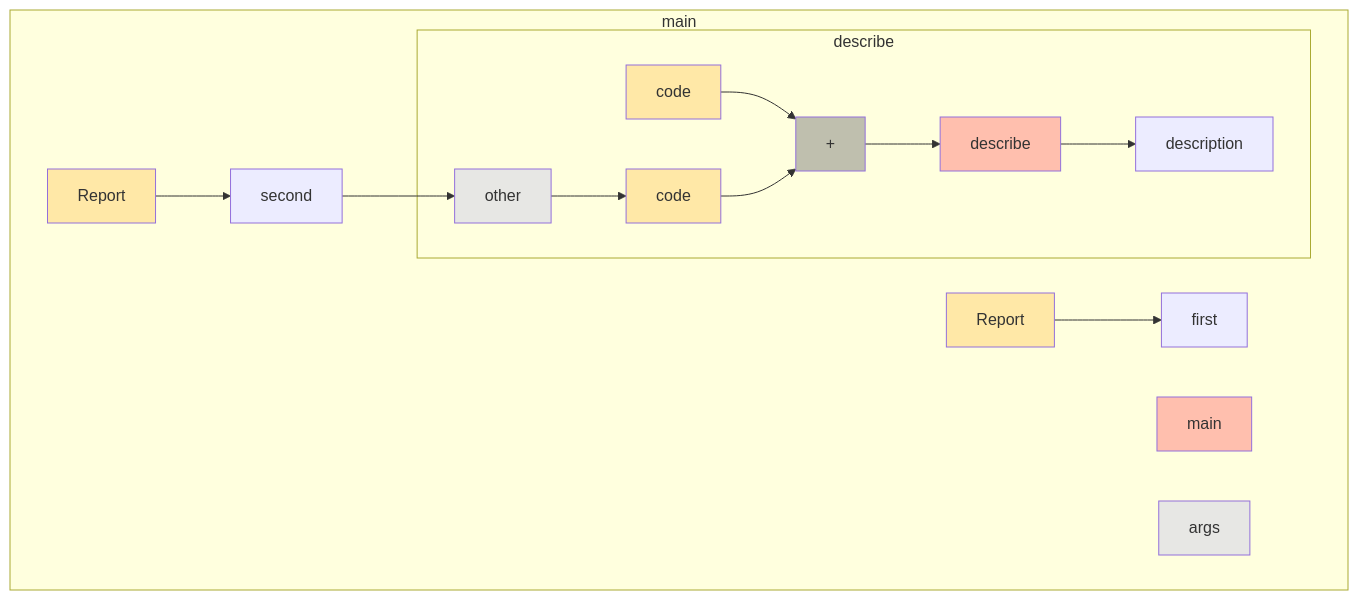
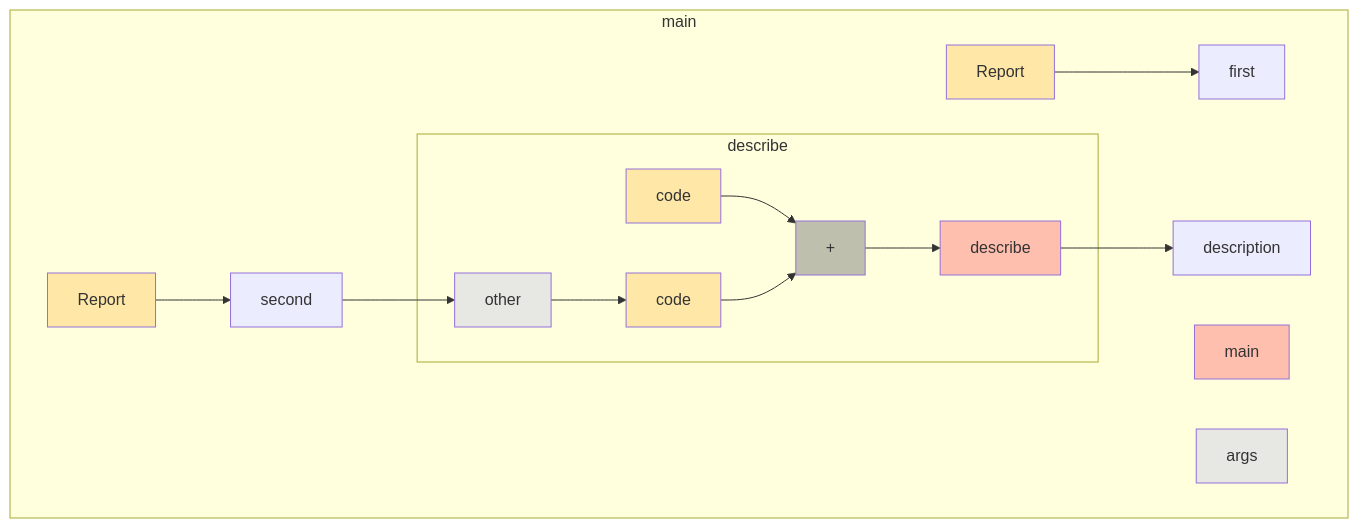
One commit to gstiebler/codeflow changed the diagram in app/src/test/resources/inheritedField/truth.md. Above: the diagram before and after it, drawn with Mermaid. The commit also changed 34 other files, not shown here.

````diff
--- a/app/src/test/resources/inheritedField/truth.md
+++ b/app/src/test/resources/inheritedField/truth.md
@@ -1,34 +1,34 @@
 ```mermaid
 flowchart TD
   subgraph b0["main"]
     n1[main]:::RETURN
     n2[args]:::FUNC_PARAM
     n3[Report]:::EXTERNAL
     n4[first]:::OBJ_VARIABLE
     n5[Report]:::EXTERNAL
     n6[second]:::OBJ_VARIABLE
     n13[description]:::OBJ_VARIABLE
     n3[Report]:::EXTERNAL --> n4[first]:::OBJ_VARIABLE
     n5[Report]:::EXTERNAL --> n6[second]:::OBJ_VARIABLE
     n6[second]:::OBJ_VARIABLE --> n9[other]:::FUNC_PARAM
+    n8[describe]:::RETURN --> n13[description]:::OBJ_VARIABLE
     subgraph b7["describe"]
       n8[describe]:::RETURN
       n9[other]:::FUNC_PARAM
       n10[code]:::EXTERNAL
       n11[code]:::EXTERNAL
       n12[+]:::BIN_OP
-      n8[describe]:::RETURN --> n13[description]:::OBJ_VARIABLE
       n9[other]:::FUNC_PARAM --> n11[code]:::EXTERNAL
       n10[code]:::EXTERNAL --> n12[+]:::BIN_OP
       n11[code]:::EXTERNAL --> n12[+]:::BIN_OP
       n12[+]:::BIN_OP --> n8[describe]:::RETURN
     end
   end
   classDef LITERAL fill:#00FF0030
   classDef VARIABLE fill:#80808030
   classDef BIN_OP fill:#80808080
   classDef FUNC_PARAM fill:#8080FF30
   classDef RETURN fill:#FF808080
   classDef EXTERNAL fill:#FFA50040
   classDef UNMODELLED fill:#FF000030,stroke-dasharray: 4 2
 ```
````
